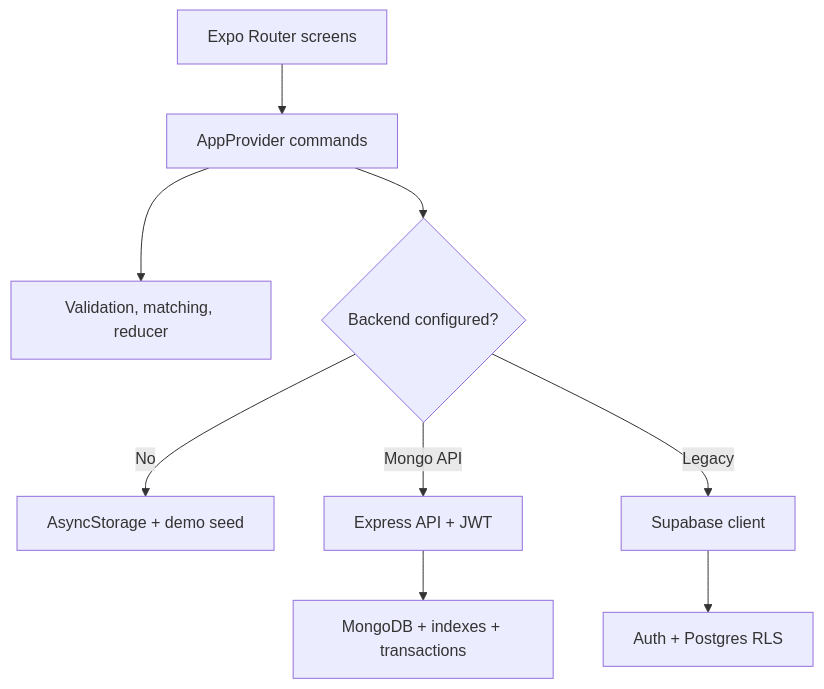
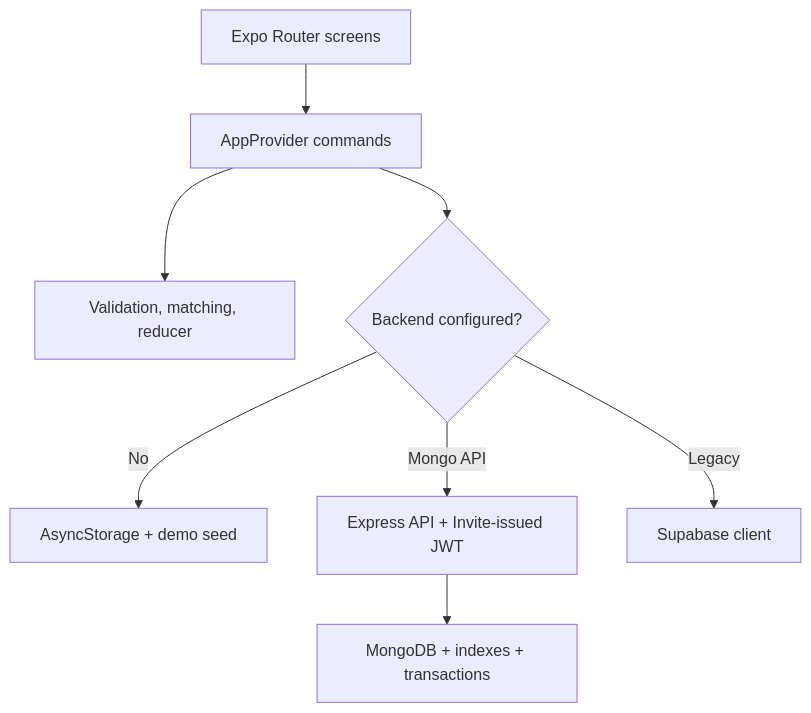
Before and after one commit to charifmahmoudi/Invite-someone-app: the second of 4 diagrams in docs/ARCHITECTURE.md, drawn with Mermaid. The commit also changed other lines of this file, not shown here.

Commit message:
docs: define target application architecture

````diff
--- a/docs/ARCHITECTURE.md
+++ b/docs/ARCHITECTURE.md
@@ -7,11 +58,10 @@
 ```mermaid
 flowchart TD
   Screens[Expo Router screens] --> Context[AppProvider commands]
   Context --> Domain[Validation, matching, reducer]
   Context --> Mode{Backend configured?}
   Mode -->|No| Local[AsyncStorage + demo seed]
-  Mode -->|Mongo API| API[Express API + JWT]
+  Mode -->|Mongo API| API[Express API + Invite-issued JWT]
   API --> DB[MongoDB + indexes + transactions]
-  Mode -->|Legacy| Client[Supabase client]
-  Client --> Legacy[Auth + Postgres RLS]
+  Mode -->|Legacy| Supabase[Supabase client]
 ```
````
